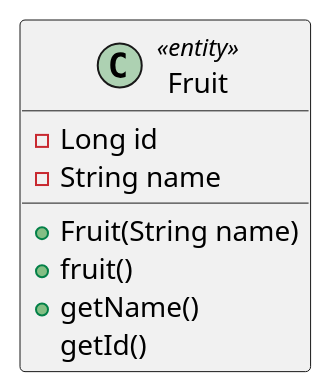
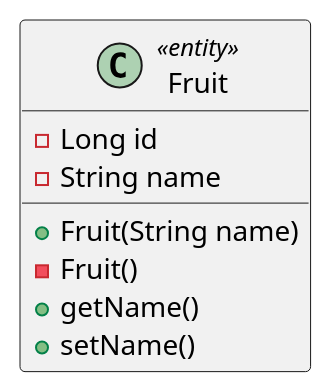
Before and after one commit to EmmanuelJanssens/AMT_2021: the diagram in documentation/CD/CD.puml, drawn with PlantUML. The commit also changed 1 other file, not shown here.

```diff
--- a/documentation/CD/CD.puml
+++ b/documentation/CD/CD.puml
@@ -1,13 +1,13 @@
 @startuml
 'https://plantuml.com/class-diagram
 
 class Fruit <<entity>>{
 -Long id
 -String name
 +Fruit(String name)
-+fruit()
+-Fruit()
 +getName()
-getId()
++setName()
 
 }
 @enduml
```
